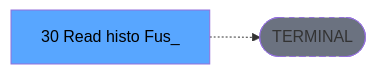
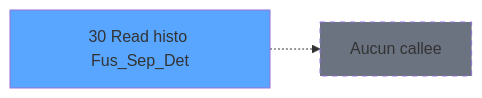
One commit to thonyAGP/magic-migration changed the third of 3 diagrams in .openspec/specs/ADH-IDE-30.md. Above: the diagram before and after it, drawn with Mermaid. The commit also changed other lines of this file and 253 other files, not shown here.

````diff
--- a/.openspec/specs/ADH-IDE-30.md
+++ b/.openspec/specs/ADH-IDE-30.md
@@ -138,8 +390,8 @@
 ```mermaid
 graph LR
-    T[30 Read histo Fus_]
-    TERM([TERMINAL])
-    T -.-> TERM
-    style TERM fill:#6b7280,stroke-dasharray: 5 5
-    style T fill:#58a6ff,color:#000
+    T30[30 Read histo Fus_Sep_Det]
+    style T30 fill:#58a6ff
+    NONE[Aucun callee]
+    T30 -.-> NONE
+    style NONE fill:#6b7280,stroke-dasharray: 5 5
 ```
````
